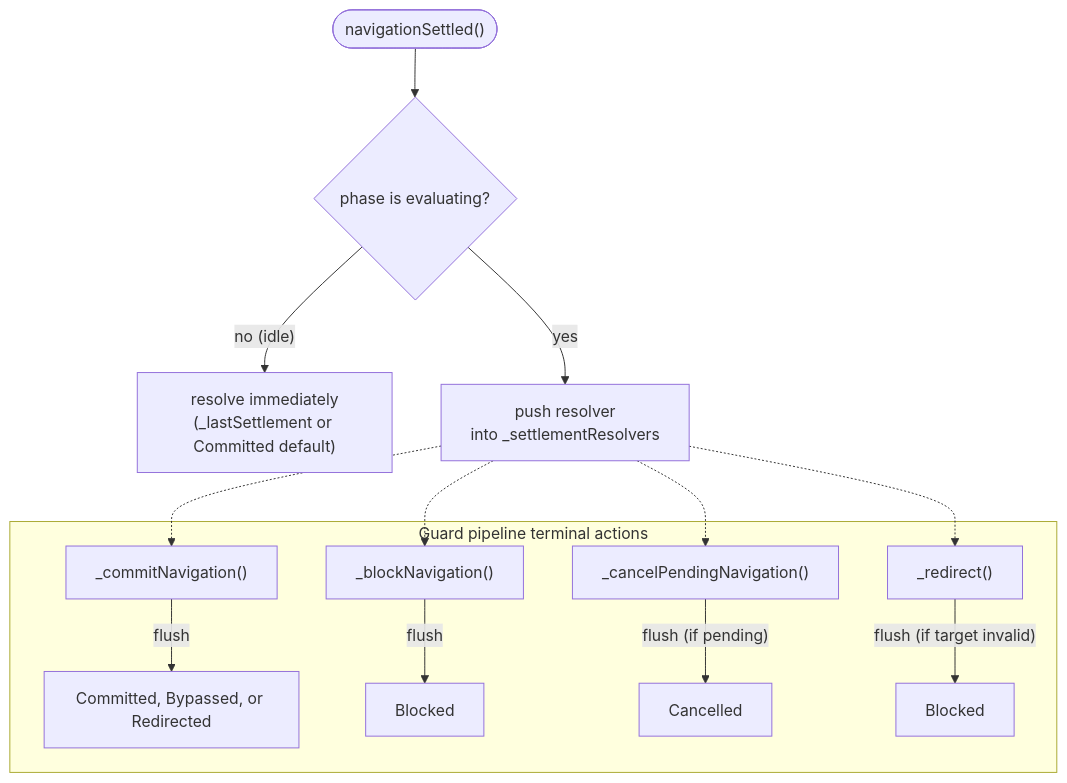
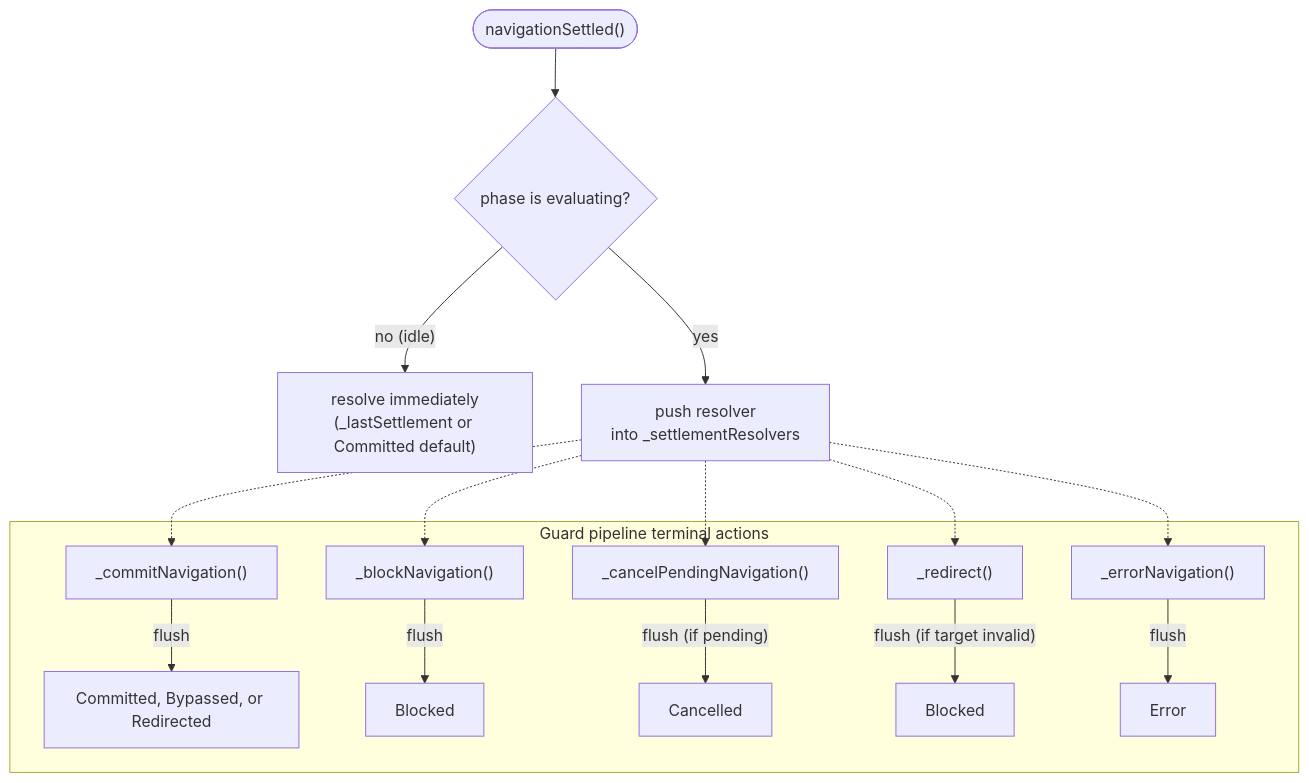
One commit to wridgeu/ui5-lib-guard-router changed the fourth of 4 diagrams in docs/reference/architecture.md. Above: the diagram before and after it, drawn with Mermaid. The commit also changed other lines of this file and 11 other files, not shown here.

````diff
--- a/docs/reference/architecture.md
+++ b/docs/reference/architecture.md
@@ -347,18 +351,20 @@
 ```mermaid
 flowchart TD
     call(["navigationSettled()"]) --> pending{phase is evaluating?}
     pending -- "no (idle)" --> immediate["resolve immediately<br/>(_lastSettlement or Committed default)"]
     pending -- "yes" --> push["push resolver<br/>into _settlementResolvers"]
 
     subgraph "Guard pipeline terminal actions"
         commit["_commitNavigation()"] -- "flush" --> fcommit["Committed, Bypassed, or Redirected"]
         block["_blockNavigation()"] -- "flush" --> fblock["Blocked"]
         cancel["_cancelPendingNavigation()"] -- "flush (if pending)" --> fcancel["Cancelled"]
         redirect["_redirect()"] -- "flush (if target invalid)" --> fredirect["Blocked"]
+        errornav["_errorNavigation()"] -- "flush" --> ferror["Error"]
     end
 
     push -.-> commit
     push -.-> block
     push -.-> cancel
     push -.-> redirect
+    push -.-> errornav
 ```
````
